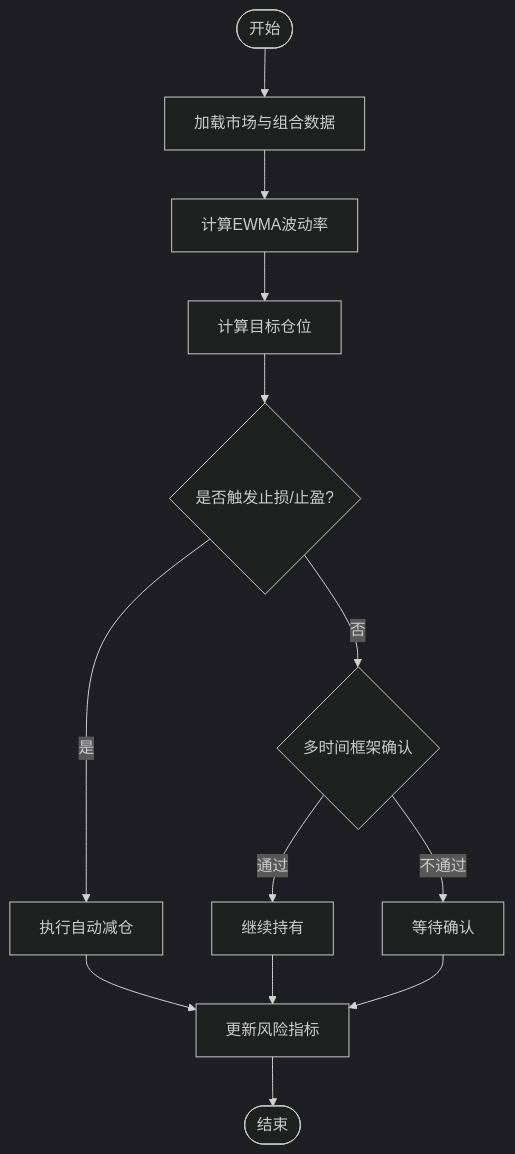
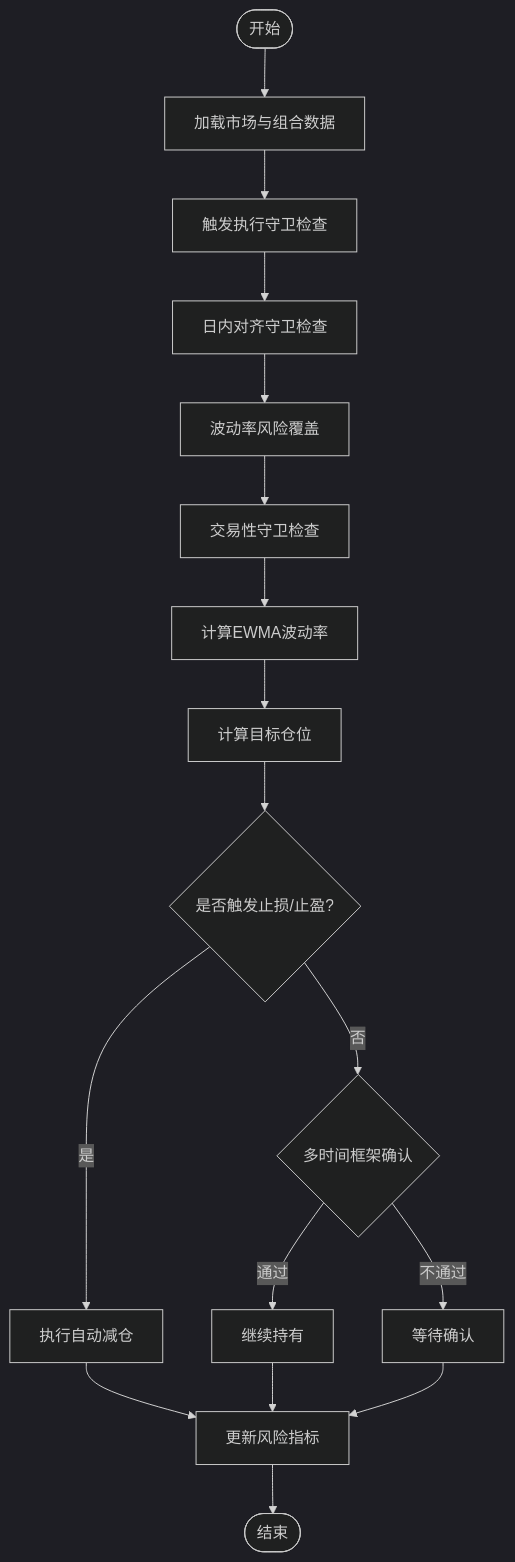
The third of 8 diagrams in .qoder/repowiki/zh/content/交易策略系统/风险管理.md (anYaoooo/daily_stock_analysis), drawn with Mermaid (dark theme) before and after one commit. The commit also changed other lines of this file and 140 other files, not shown here.

````diff
--- a/.qoder/repowiki/zh/content/交易策略系统/风险管理.md
+++ b/.qoder/repowiki/zh/content/交易策略系统/风险管理.md
@@ -201,15 +220,19 @@
 ```mermaid
 flowchart TD
 Start(["开始"]) --> LoadData["加载市场与组合数据"]
-LoadData --> CalcVol["计算EWMA波动率"]
+LoadData --> TriggerGuard["触发执行守卫检查"]
+TriggerGuard --> AlignmentGuard["日内对齐守卫检查"]
+AlignmentGuard --> VolOverlay["波动率风险覆盖"]
+VolOverlay --> TradeGuard["交易性守卫检查"]
+TradeGuard --> CalcVol["计算EWMA波动率"]
 CalcVol --> PositionSize["计算目标仓位"]
 PositionSize --> StopLoss{"是否触发止损/止盈?"}
 StopLoss --> |是| ReducePos["执行自动减仓"]
 StopLoss --> |否| CheckAlignment{"多时间框架确认"}
 CheckAlignment --> |通过| Continue["继续持有"]
 CheckAlignment --> |不通过| Wait["等待确认"]
 ReducePos --> UpdateRisk["更新风险指标"]
 Continue --> UpdateRisk
 Wait --> UpdateRisk
 UpdateRisk --> End(["结束"])
 ```
````
